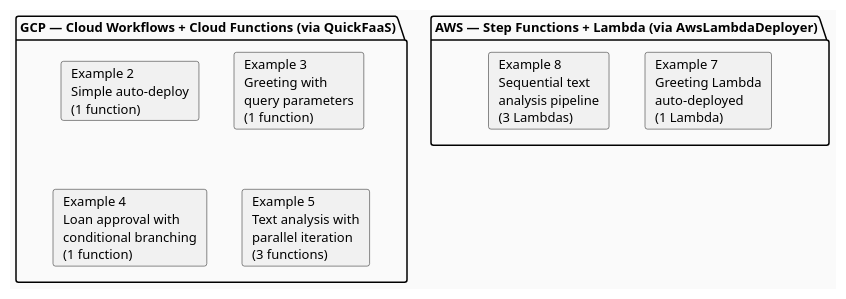
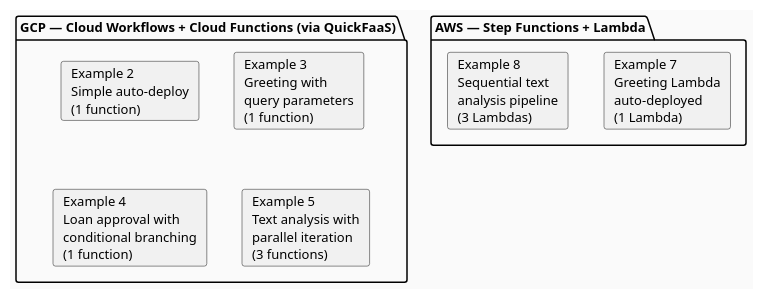
The eighth of 8 diagrams in omni-flow-main/Apresentacao-Orientador.md (EngenheiroPedroCarvalho/ISEL-Thesis-2526), drawn with PlantUML before and after one commit. The commit also changed other lines of this file, not shown here.

First line of the commit message:
Remove all mentions of QuickFaaS being used for AWS deployment

````diff
--- a/omni-flow-main/Apresentacao-Orientador.md
+++ b/omni-flow-main/Apresentacao-Orientador.md
@@ -284,18 +284,18 @@
 ```plantuml
 @startuml
 skinparam backgroundColor #FAFAFA
 skinparam defaultFontSize 13
 
 package "GCP — Cloud Workflows + Cloud Functions (via QuickFaaS)" {
   card "Example 2\nSimple auto-deploy\n(1 function)" as E2
   card "Example 3\nGreeting with\nquery parameters\n(1 function)" as E3
   card "Example 4\nLoan approval with\nconditional branching\n(1 function)" as E4
   card "Example 5\nText analysis with\nparallel iteration\n(3 functions)" as E5
 }
 
-package "AWS — Step Functions + Lambda (via AwsLambdaDeployer)" {
+package "AWS — Step Functions + Lambda" {
   card "Example 7\nGreeting Lambda\nauto-deployed\n(1 Lambda)" as E7
   card "Example 8\nSequential text\nanalysis pipeline\n(3 Lambdas)" as E8
 }
 @enduml
 ```
````
